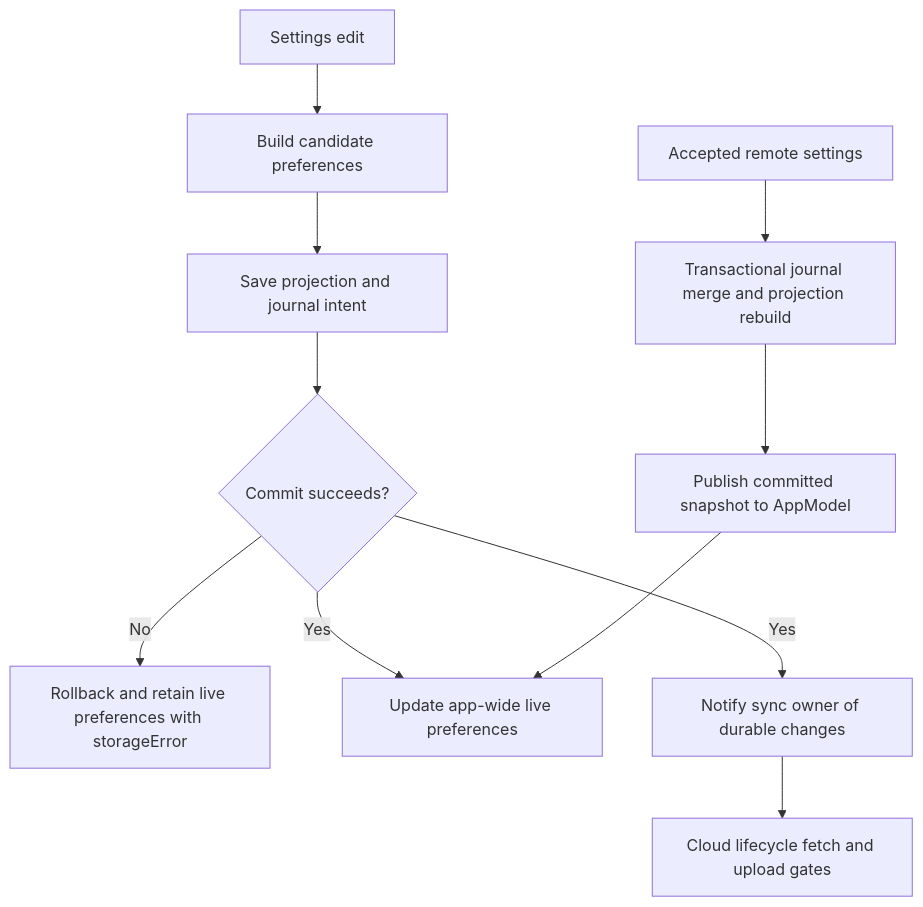
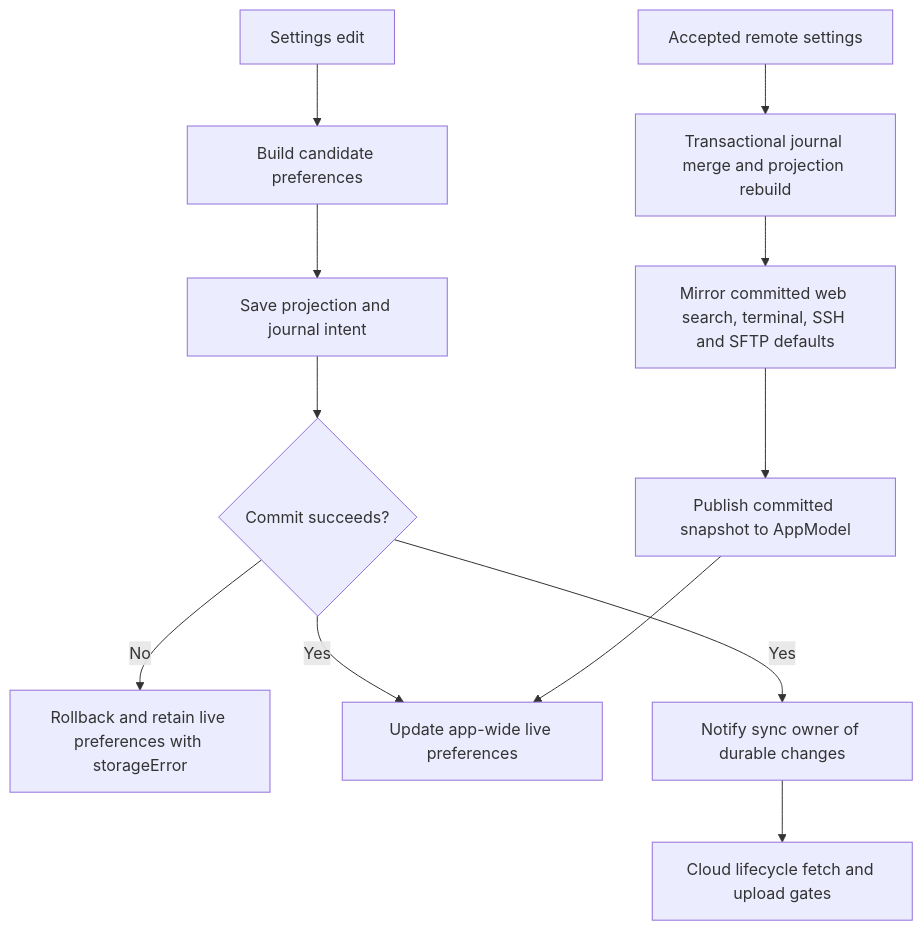
The first of 10 diagrams in openwiki/workflows/settings-and-cloud-sync.md (AkinoKaede/Termind), drawn with Mermaid before and after one commit. The commit also changed other lines of this file and 59 other files, not shown here.

````diff
--- a/openwiki/workflows/settings-and-cloud-sync.md
+++ b/openwiki/workflows/settings-and-cloud-sync.md
@@ -203,13 +209,14 @@
 ```mermaid
 flowchart TD
     Edit["Settings edit"] --> Candidate["Build candidate preferences"]
     Candidate --> Save["Save projection and journal intent"]
     Save --> Result{"Commit succeeds?"}
     Result -->|No| Error["Rollback and retain live preferences with storageError"]
     Result -->|Yes| Live["Update app-wide live preferences"]
     Result -->|Yes| Journal["Notify sync owner of durable changes"]
     Journal --> Gate["Cloud lifecycle fetch and upload gates"]
     Remote["Accepted remote settings"] --> Merge["Transactional journal merge and projection rebuild"]
-    Merge --> Snapshot["Publish committed snapshot to AppModel"]
+    Merge --> Mirror["Mirror committed web search, terminal, SSH and SFTP defaults"]
+    Mirror --> Snapshot["Publish committed snapshot to AppModel"]
     Snapshot --> Live
 ```
````
